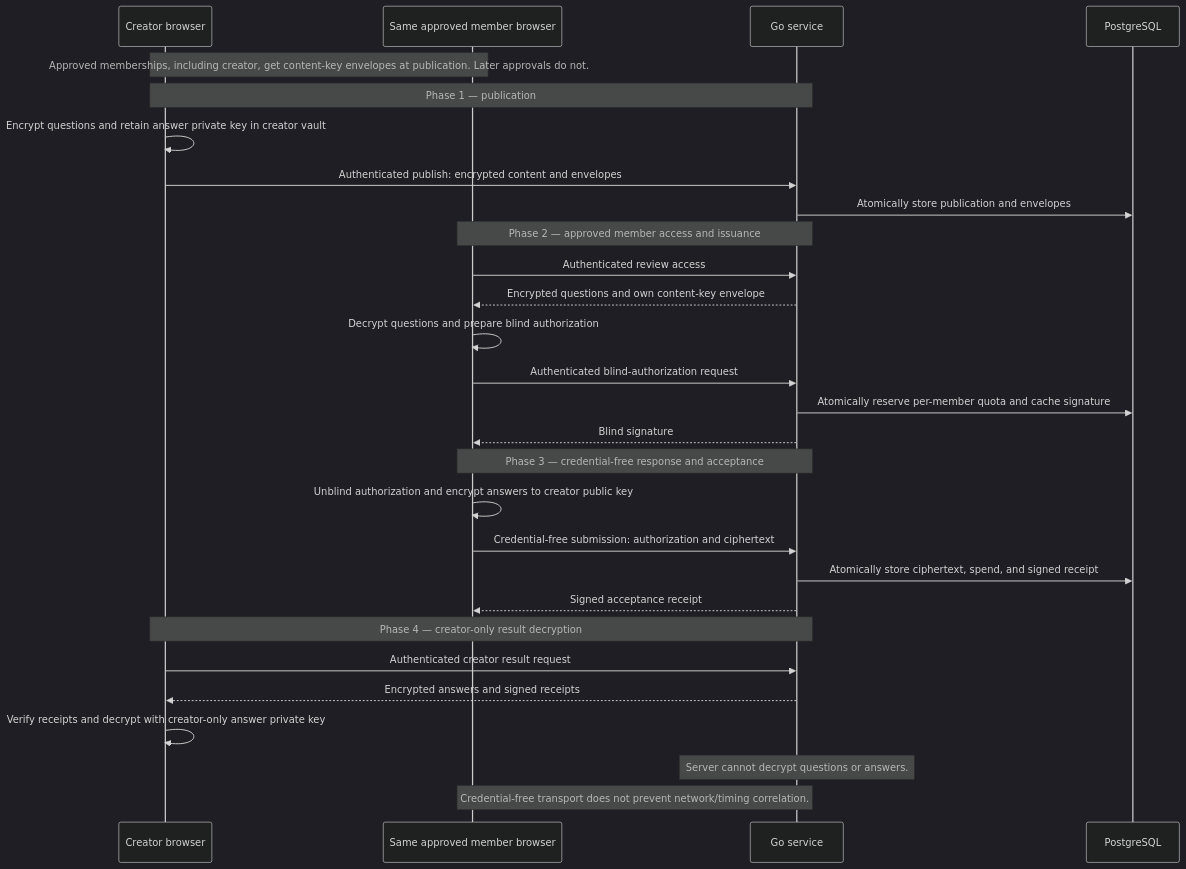
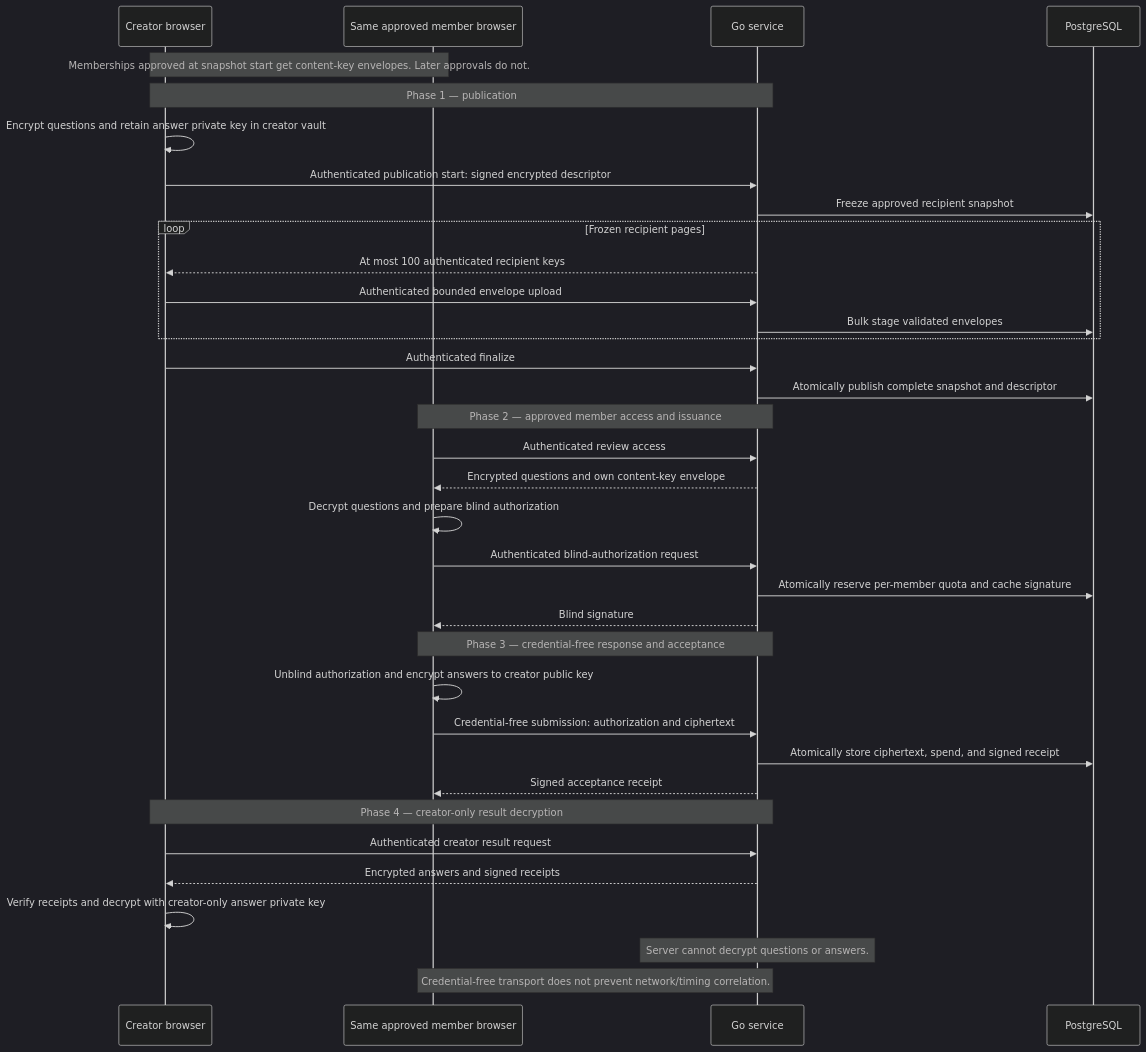
Before and after one commit to mandipnotroot/anonce-platform: the diagram in docs/architecture.md, drawn with Mermaid (dark theme). The commit also changed 20 other files, not shown here.

First line of the commit message:
feat(publication)!: batch recipient envelopes using frozen snapshots

````diff
--- a/docs/architecture.md
+++ b/docs/architecture.md
@@ -17,32 +17,39 @@
 ```mermaid
 sequenceDiagram
 accTitle: Review publication and response flow
 accDescr: Creator publishes encrypted questions and member key envelopes. An approved member uses one browser for content access, authenticated blind issuance, and credential-free encrypted submission. Only creator decrypts answers.
     participant C as Creator browser
     participant M as Same approved member browser
     participant S as Go service
     participant D as PostgreSQL
-    Note over C,M: Approved memberships, including creator, get content-key envelopes at publication. Later approvals do not.
+    Note over C,M: Memberships approved at snapshot start get content-key envelopes. Later approvals do not.
     Note over C,S: Phase 1 — publication
         C->>C: Encrypt questions and retain answer private key in creator vault
-        C->>S: Authenticated publish: encrypted content and envelopes
-        S->>D: Atomically store publication and envelopes
+        C->>S: Authenticated publication start: signed encrypted descriptor
+        S->>D: Freeze approved recipient snapshot
+        loop Frozen recipient pages
+            S-->>C: At most 100 authenticated recipient keys
+            C->>S: Authenticated bounded envelope upload
+            S->>D: Bulk stage validated envelopes
+        end
+        C->>S: Authenticated finalize
+        S->>D: Atomically publish complete snapshot and descriptor
     Note over M,S: Phase 2 — approved member access and issuance
         M->>S: Authenticated review access
         S-->>M: Encrypted questions and own content-key envelope
         M->>M: Decrypt questions and prepare blind authorization
         M->>S: Authenticated blind-authorization request
         S->>D: Atomically reserve per-member quota and cache signature
         S-->>M: Blind signature
     Note over M,S: Phase 3 — credential-free response and acceptance
         M->>M: Unblind authorization and encrypt answers to creator public key
         M->>S: Credential-free submission: authorization and ciphertext
         S->>D: Atomically store ciphertext, spend, and signed receipt
         S-->>M: Signed acceptance receipt
     Note over C,S: Phase 4 — creator-only result decryption
         C->>S: Authenticated creator result request
         S-->>C: Encrypted answers and signed receipts
         C->>C: Verify receipts and decrypt with creator-only answer private key
     Note over S: Server cannot decrypt questions or answers.
     Note over M,S: Credential-free transport does not prevent network/timing correlation.
 ```
````
